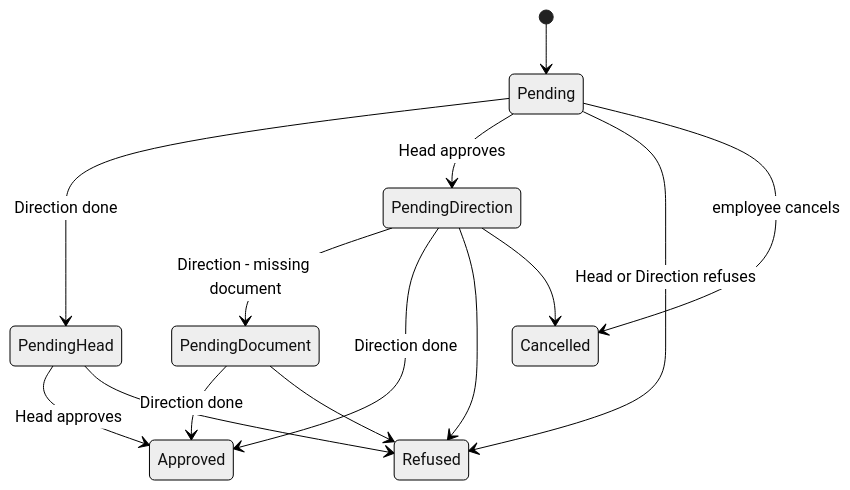
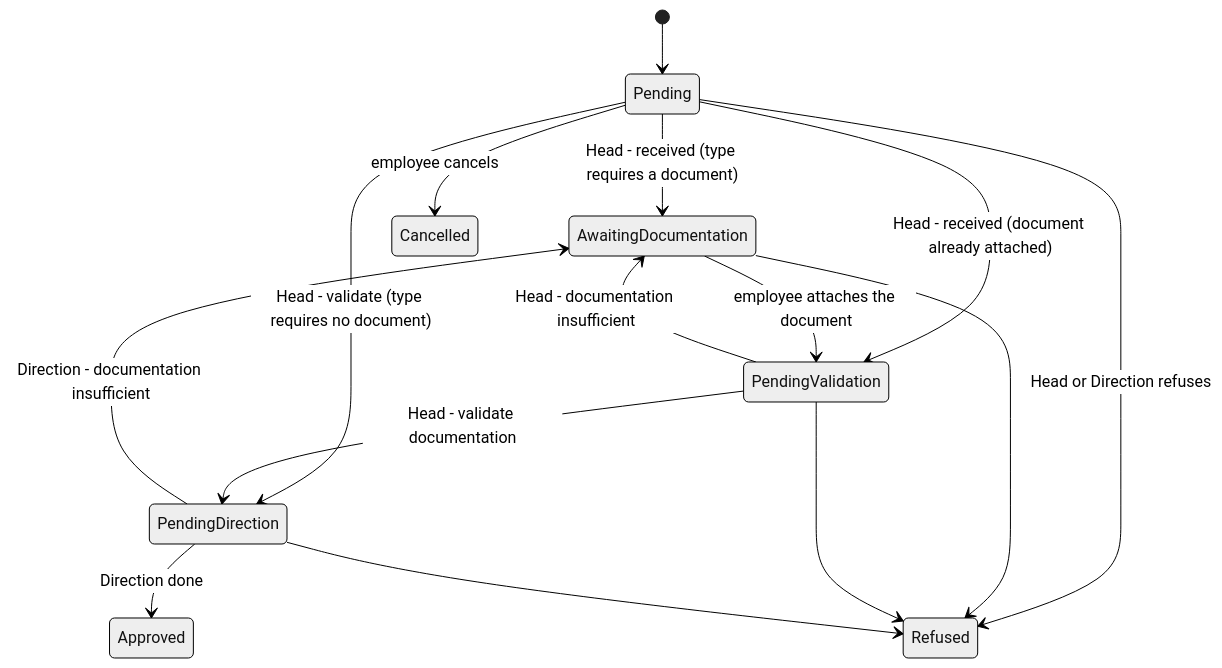
Before and after one commit to ElPuig/EMS: the second of 5 diagrams in docs/en/developers/employees/absence.md, drawn with Mermaid (neutral theme). The commit also changed other lines of this file and 153 other files, not shown here.

````diff
--- a/docs/en/developers/employees/absence.md
+++ b/docs/en/developers/employees/absence.md
@@ -145,16 +152,17 @@
 ```mermaid
 stateDiagram-v2
     [*] --> Pending
-    Pending --> PendingHead: Direction done
-    Pending --> PendingDirection: Head approves
-    PendingDirection --> PendingDocument: Direction - missing document
-    PendingDocument --> Approved: Direction done
+    Pending --> AwaitingDocumentation: Head - received (type requires a document)
+    Pending --> PendingValidation: Head - received (document already attached)
+    Pending --> PendingDirection: Head - validate (type requires no document)
+    AwaitingDocumentation --> PendingValidation: employee attaches the document
+    PendingValidation --> PendingDirection: Head - validate documentation
+    PendingValidation --> AwaitingDocumentation: Head - documentation insufficient
+    PendingDirection --> AwaitingDocumentation: Direction - documentation insufficient
     PendingDirection --> Approved: Direction done
-    PendingHead --> Approved: Head approves
     Pending --> Refused: Head or Direction refuses
-    PendingHead --> Refused
+    AwaitingDocumentation --> Refused
+    PendingValidation --> Refused
     PendingDirection --> Refused
-    PendingDocument --> Refused
     Pending --> Cancelled: employee cancels
-    PendingDirection --> Cancelled
 ```
````
